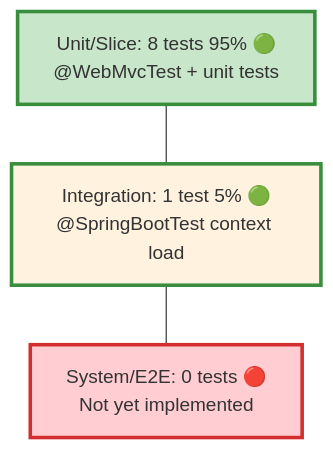
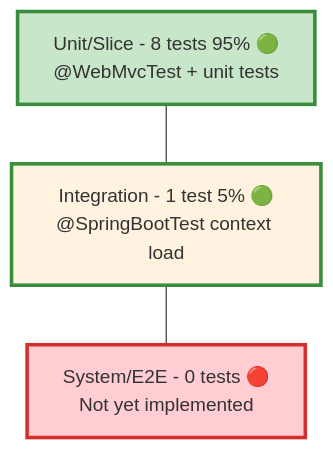
One commit to Keglev/stockease changed the second of 2 diagrams in docs/architecture/testing/pyramid.md. Above: the diagram before and after it, drawn with Mermaid. The commit also changed 8 other files, not shown here.

Commit message:
fix: Remove colons from mermaid node labels to fix rendering errors

````diff
--- a/docs/architecture/testing/pyramid.md
+++ b/docs/architecture/testing/pyramid.md
@@ -39,13 +39,13 @@
 ```mermaid
 graph TD
-    A["System/E2E: 0 tests 🔴<br/>Not yet implemented"]
-    B["Integration: 1 test 5% 🟢<br/>@SpringBootTest context load"]
-    C["Unit/Slice: 8 tests 95% 🟢<br/>@WebMvcTest + unit tests"]
+    A["System/E2E - 0 tests 🔴<br/>Not yet implemented"]
+    B["Integration - 1 test 5% 🟢<br/>@SpringBootTest context load"]
+    C["Unit/Slice - 8 tests 95% 🟢<br/>@WebMvcTest + unit tests"]
     
     C --- B
     B --- A
     
     style A fill:#ffcdd2,stroke:#d32f2f,stroke-width:3px
     style B fill:#fff3e0,stroke:#388e3c,stroke-width:3px
     style C fill:#c8e6c9,stroke:#388e3c,stroke-width:3px
 ```
````
